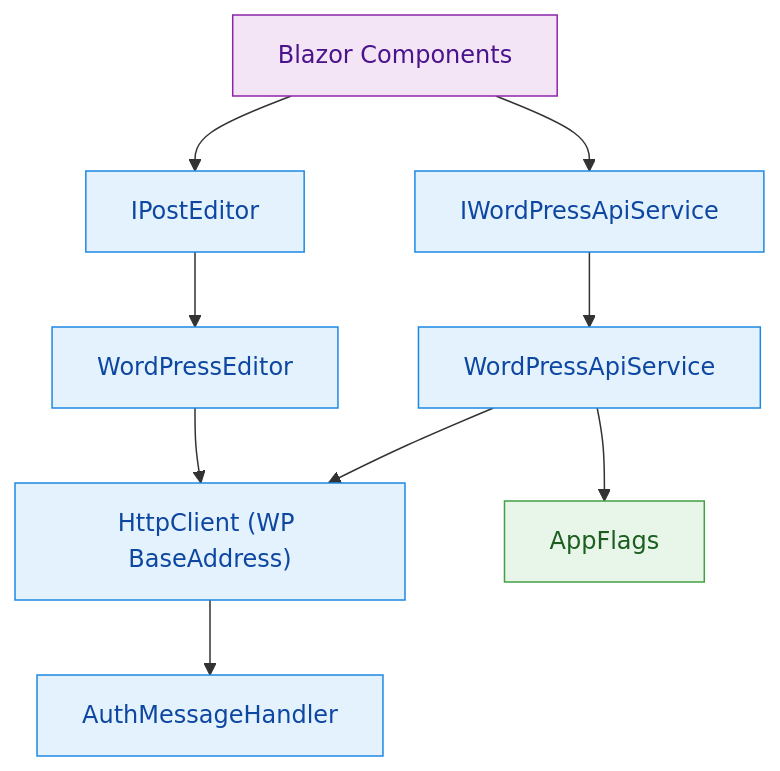
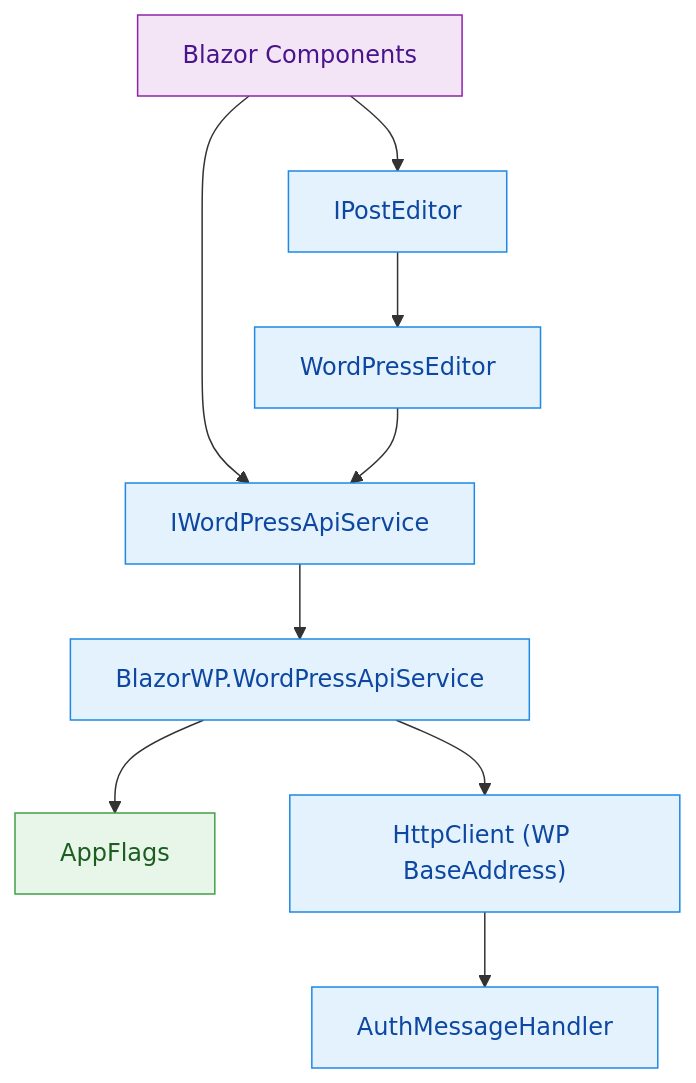
One commit to tng-coop/wp-yasuaki changed the first of 2 diagrams in e2e/blazor_wp_di_hierarchy_mermaid.md. Above: the diagram before and after it, drawn with Mermaid. The commit also changed other lines of this file, not shown here.

````diff
--- a/e2e/blazor_wp_di_hierarchy_mermaid.md
+++ b/e2e/blazor_wp_di_hierarchy_mermaid.md
@@ -8,27 +8,35 @@
 ```mermaid
 graph TD
+  %% Styles
   classDef scoped fill:#e3f2fd,stroke:#1e88e5,color:#0d47a1;
   classDef singleton fill:#e8f5e9,stroke:#43a047,color:#1b5e20;
   classDef component fill:#f3e5f5,stroke:#8e24aa,color:#4a148c;
 
   C["Blazor Components"]:::component
 
+  Flags["AppFlags"]:::singleton
+  AMH["AuthMessageHandler"]:::scoped
+  HCWP["HttpClient (WP BaseAddress)"]:::scoped
+
   IApi["IWordPressApiService"]:::scoped
-  Api["WordPressApiService"]:::scoped
-  HCWP["HttpClient (WP BaseAddress)"]:::scoped
-  AMH["AuthMessageHandler"]:::scoped
-  Flags["AppFlags"]:::singleton
+  %% app-provided implementation used in Blazor app
+  Api["BlazorWP.WordPressApiService"]:::scoped
 
   IEditor["IPostEditor"]:::scoped
   Editor["WordPressEditor"]:::scoped
 
+  %% Consumers
   C --> IApi
+  C --> IEditor
+
+  %% API chain
   IApi --> Api
   Api --> HCWP
+  HCWP --> AMH
   Api --> Flags
-  HCWP --> AMH
 
-  C --> IEditor
+  %% Editor depends on IWordPressApiService
   IEditor --> Editor
-  Editor --> HCWP
+  Editor --> IApi
+
 ```
````
